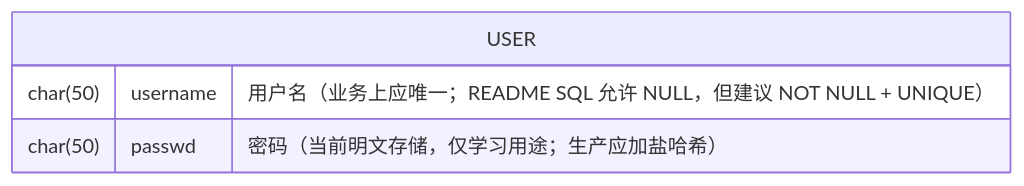
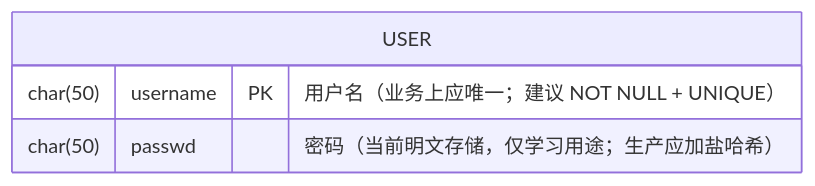
One commit to Paris-cyx/TinyWebServer-Learning changed the first of 8 diagrams in docs/design.md. Above: the diagram before and after it, drawn with Mermaid. The commit also changed other lines of this file, not shown here.

Commit message:
Refine ER diagram (mark PK) and fix garbled text in data dictionary header

````diff
--- a/docs/design.md
+++ b/docs/design.md
@@ -23,7 +23,7 @@
 ```mermaid
 erDiagram
     USER {
-        char(50) username "用户名（业务上应唯一；README SQL 允许 NULL，但建议 NOT NULL + UNIQUE）"
-        char(50) passwd   "密码（当前明文存储，仅学习用途；生产应加盐哈希）"
+        char(50) username PK "用户名（业务上应唯一；建议 NOT NULL + UNIQUE）"
+        char(50) passwd       "密码（当前明文存储，仅学习用途；生产应加盐哈希）"
     }
 ```
````
